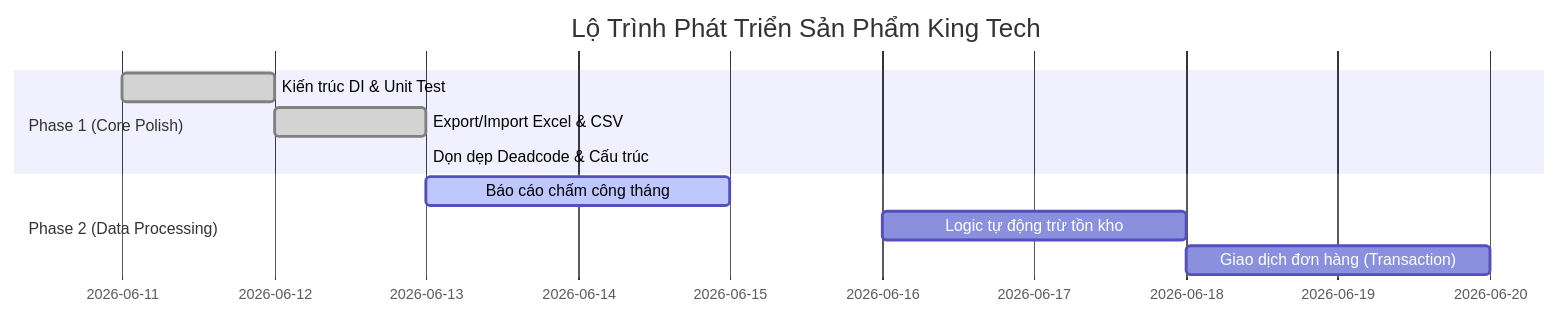
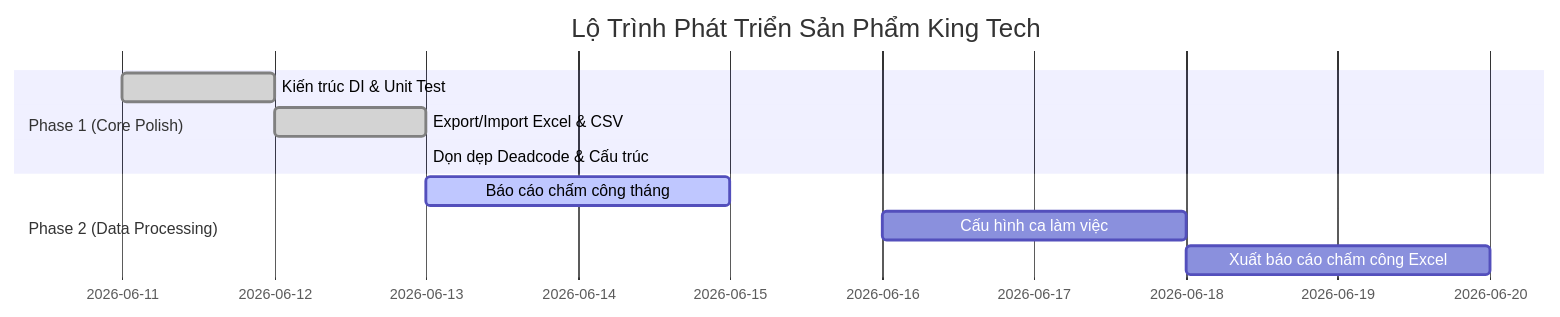
Before and after one commit to ththiep/king-tech-be: the diagram in docs/pm_po_project_review.md, drawn with Mermaid. The commit also changed other lines of this file and 38 other files, not shown here.

Commit message:
refactor(core): implement DTO architecture and centralized logging

````diff
--- a/docs/pm_po_project_review.md
+++ b/docs/pm_po_project_review.md
@@ -48,13 +53,13 @@
 ```mermaid
 gantt
     title Lộ Trình Phát Triển Sản Phẩm King Tech
     dateFormat  YYYY-MM-DD
     section Phase 1 (Core Polish)
     Kiến trúc DI & Unit Test        :done, des1, 2026-06-11, 2026-06-12
     Export/Import Excel & CSV       :done, des2, 2026-06-12, 2026-06-13
     Dọn dẹp Deadcode & Cấu trúc     :done, des3, 2026-06-13, 2026-06-13
     section Phase 2 (Data Processing)
     Báo cáo chấm công tháng         :active, des4, 2026-06-13, 2026-06-15
-    Logic tự động trừ tồn kho       : des5, 2026-06-16, 2026-06-18
-    Giao dịch đơn hàng (Transaction): des6, 2026-06-18, 2026-06-20
+    Cấu hình ca làm việc            : des5, 2026-06-16, 2026-06-18
+    Xuất báo cáo chấm công Excel    : des6, 2026-06-18, 2026-06-20
 ```
````
